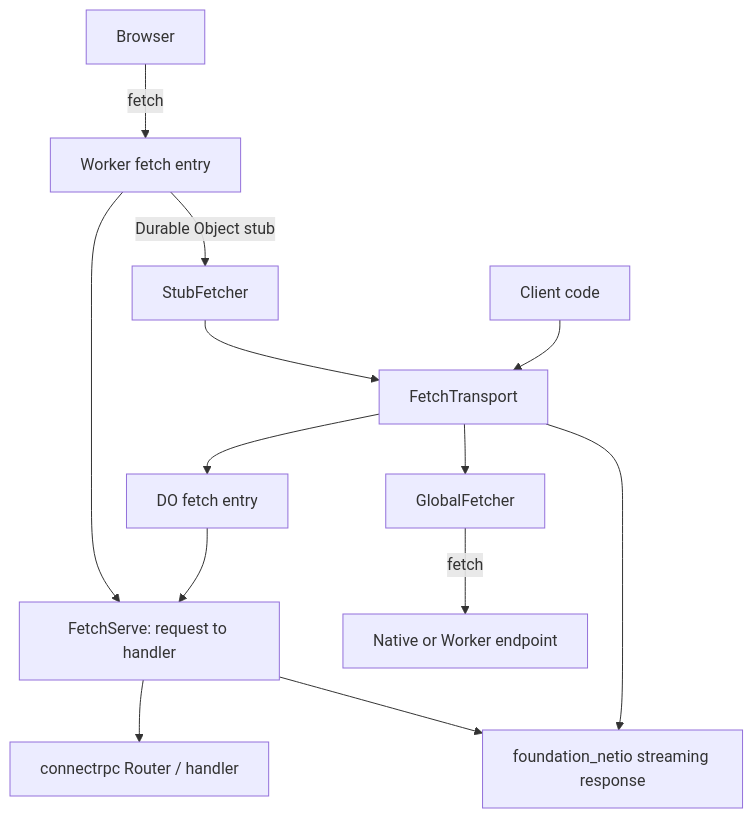
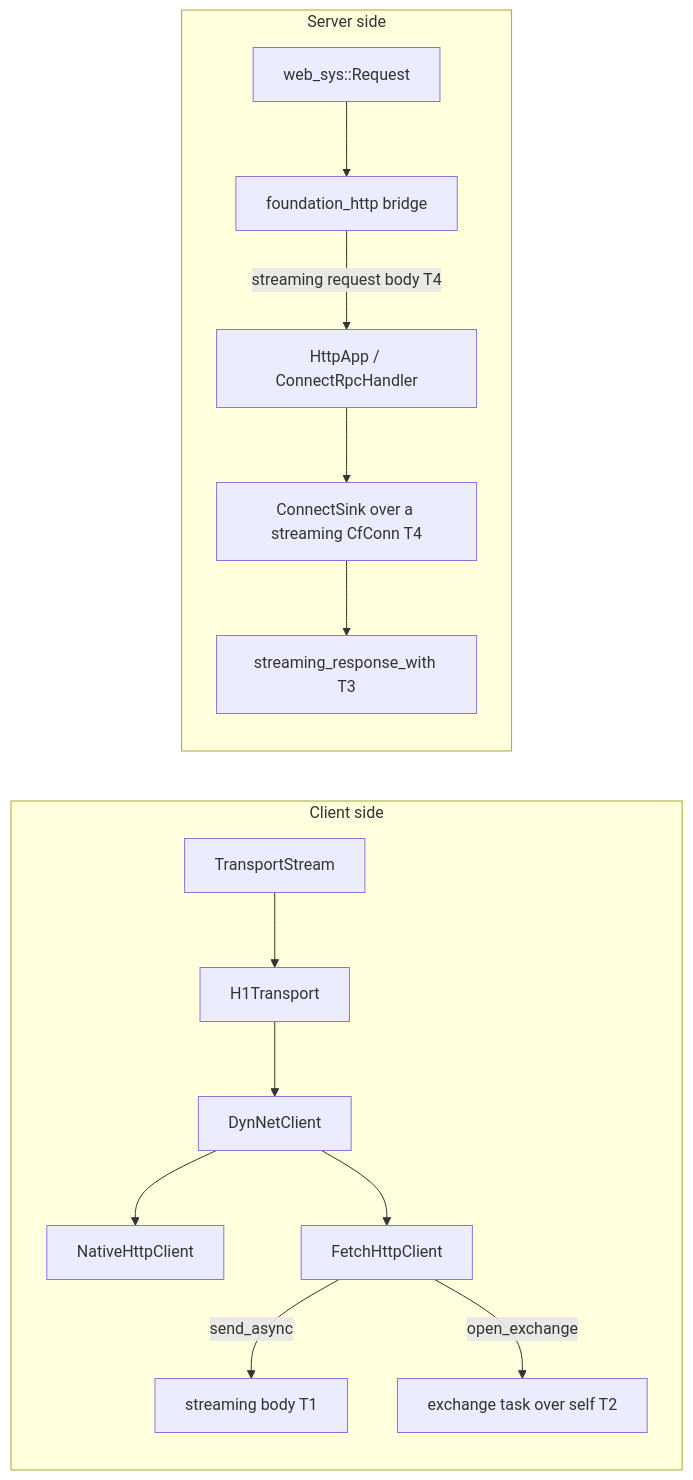
Before and after one commit to ewe-studios/ewe_platform: the diagram in specifications/85-wasm-fetch-transport/requirements.md, drawn with Mermaid. The commit also changed other lines of this file and 25 other files, not shown here.

````diff
--- a/specifications/85-wasm-fetch-transport/requirements.md
+++ b/specifications/85-wasm-fetch-transport/requirements.md
@@ -128,15 +140,17 @@
 ```mermaid
-graph TD
-    B[Browser] -->|fetch| W[Worker fetch entry]
-    W --> FS[FetchServe: request to handler]
-    FS --> R[connectrpc Router / handler]
-    W -->|Durable Object stub| SF[StubFetcher]
-    SF --> FT[FetchTransport]
-    FT --> D[DO fetch entry]
-    D --> FS
-    C[Client code] --> FT
-    FT --> GF[GlobalFetcher]
-    GF -->|fetch| N[Native or Worker endpoint]
-    FS --> NET[foundation_netio streaming response]
-    FT --> NET
+graph LR
+    subgraph Client side
+        C[TransportStream] --> H1[H1Transport]
+        H1 --> D[DynNetClient]
+        D --> N[NativeHttpClient]
+        D --> F[FetchHttpClient]
+        F -->|send_async| S[streaming body T1]
+        F -->|open_exchange| E[exchange task over self T2]
+    end
+    subgraph Server side
+        R[web_sys::Request] --> B[foundation_http bridge]
+        B -->|streaming request body T4| A[HttpApp / ConnectRpcHandler]
+        A --> K[ConnectSink over a streaming CfConn T4]
+        K --> W[streaming_response_with T3]
+    end
 ```
````
